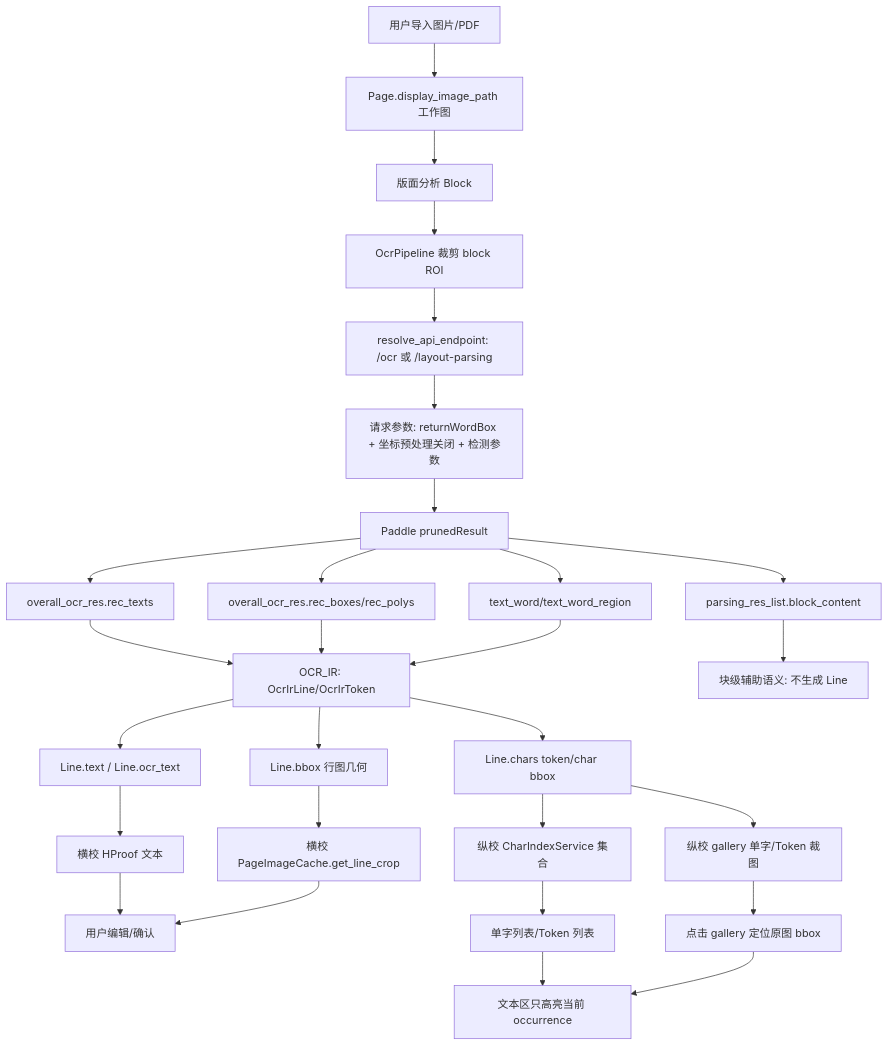
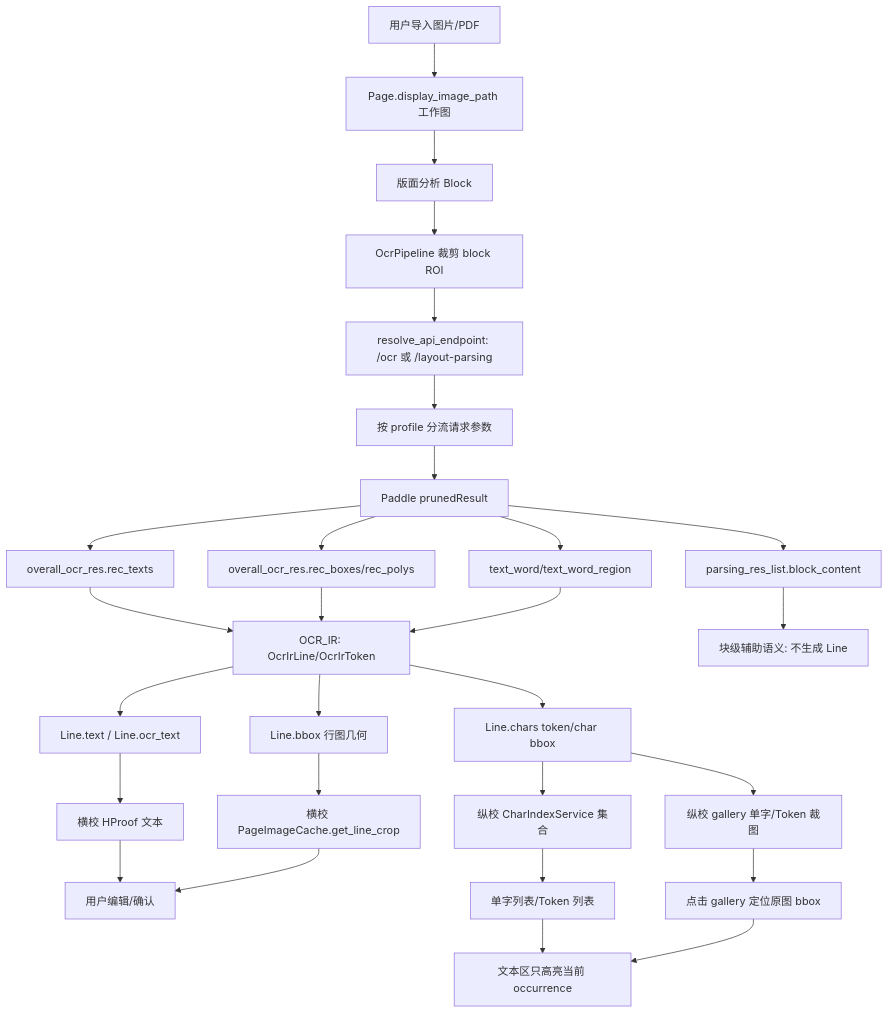
The diagram in ocr-logic-chain.md (zhanghuai-z/ocr_process_review), drawn with Mermaid before and after one commit. The commit also changed other lines of this file and 6 other files, not shown here.

````diff
--- a/ocr-logic-chain.md
+++ b/ocr-logic-chain.md
@@ -109,34 +117,34 @@
 ```mermaid
 flowchart TD
     A[用户导入图片/PDF] --> B[Page.display_image_path 工作图]
     B --> C[版面分析 Block]
     C --> D[OcrPipeline 裁剪 block ROI]
     D --> E[resolve_api_endpoint: /ocr 或 /layout-parsing]
-    E --> F[请求参数: returnWordBox + 坐标预处理关闭 + 检测参数]
+    E --> F[按 profile 分流请求参数]
     F --> G[Paddle prunedResult]
 
     G --> H1[overall_ocr_res.rec_texts]
     G --> H2[overall_ocr_res.rec_boxes/rec_polys]
     G --> H3[text_word/text_word_region]
     G --> H4[parsing_res_list.block_content]
 
     H1 --> IR[OCR_IR: OcrIrLine/OcrIrToken]
     H2 --> IR
     H3 --> IR
     IR --> I[Line.text / Line.ocr_text]
     IR --> J[Line.bbox 行图几何]
     IR --> K[Line.chars token/char bbox]
     H4 --> L[块级辅助语义: 不生成 Line]
 
     I --> M[横校 HProof 文本]
     J --> N[横校 PageImageCache.get_line_crop]
     K --> O[纵校 CharIndexService 集合]
     K --> P[纵校 gallery 单字/Token 裁图]
 
     M --> Q[用户编辑/确认]
     N --> Q
     O --> R[单字列表/Token 列表]
     P --> S[点击 gallery 定位原图 bbox]
     R --> T[文本区只高亮当前 occurrence]
     S --> T
 ```
````
